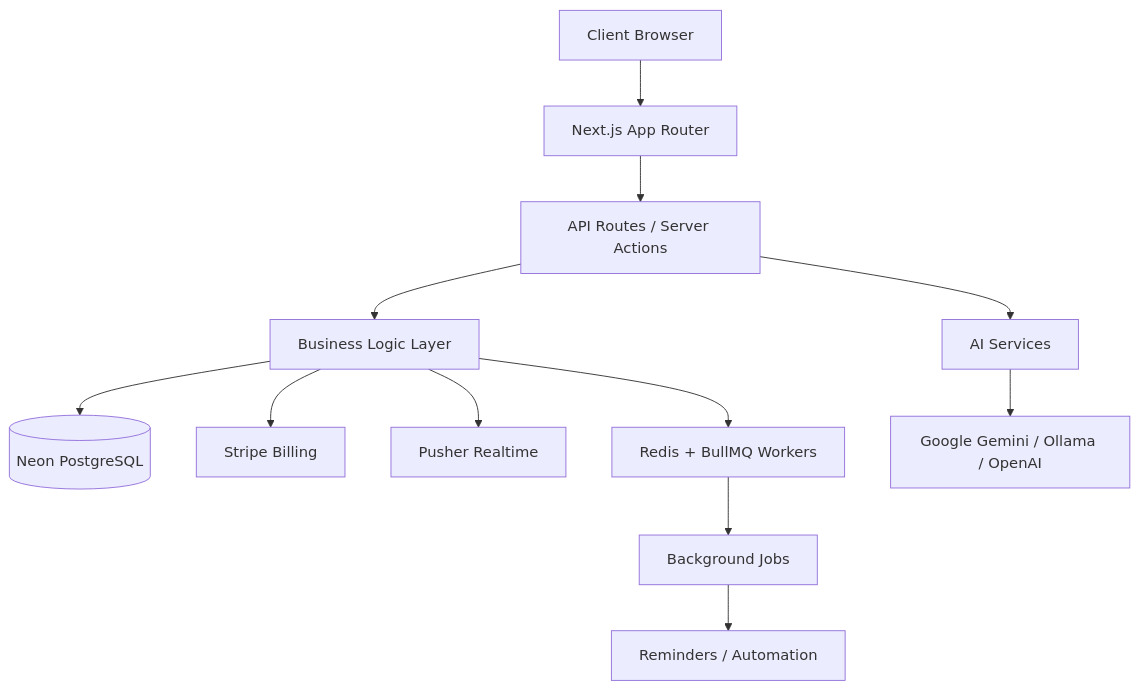
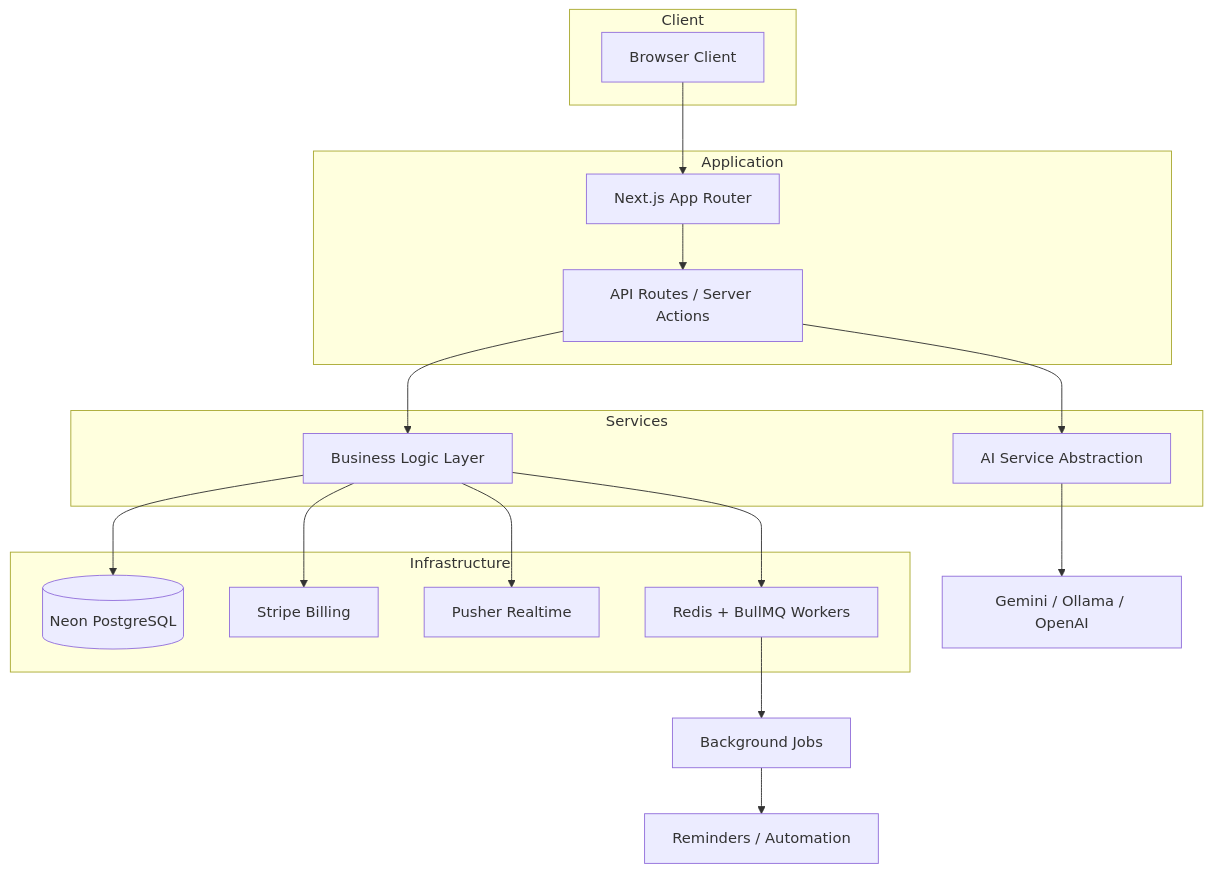
The first of 2 diagrams in README.md (Iconians/intellitaskpro), drawn with Mermaid before and after one commit. The commit also changed other lines of this file, not shown here.

````diff
--- a/README.md
+++ b/README.md
@@ -38,19 +38,39 @@
 ```mermaid
-flowchart TD
+flowchart TB
 
-A[Client Browser] --> B[Next.js App Router]
-B --> C[API Routes / Server Actions]
+subgraph Client
+A[Browser Client]
+end
 
-C --> D[Business Logic Layer]
+subgraph Application
+B[Next.js App Router]
+C[API Routes / Server Actions]
+end
 
-D --> E[(Neon PostgreSQL)]
-D --> F[Stripe Billing]
-D --> G[Pusher Realtime]
-D --> H[Redis + BullMQ Workers]
+subgraph Services
+D[Business Logic Layer]
+K[AI Service Abstraction]
+end
+
+subgraph Infrastructure
+E[(Neon PostgreSQL)]
+F[Stripe Billing]
+G[Pusher Realtime]
+H[Redis + BullMQ Workers]
+end
+
+A --> B
+B --> C
+C --> D
+
+D --> E
+D --> F
+D --> G
+D --> H
+
+C --> K
+K --> L[Gemini / Ollama / OpenAI]
 
 H --> I[Background Jobs]
 I --> J[Reminders / Automation]
-
-C --> K[AI Services]
-K --> L[Google Gemini / Ollama / OpenAI]
 ```
````
